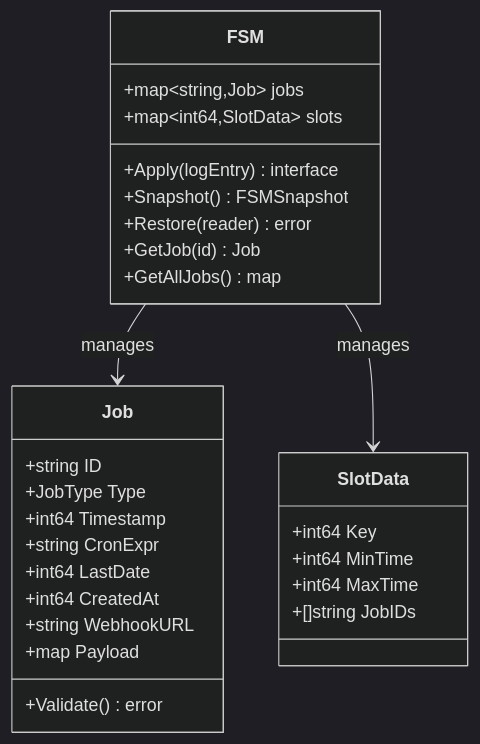
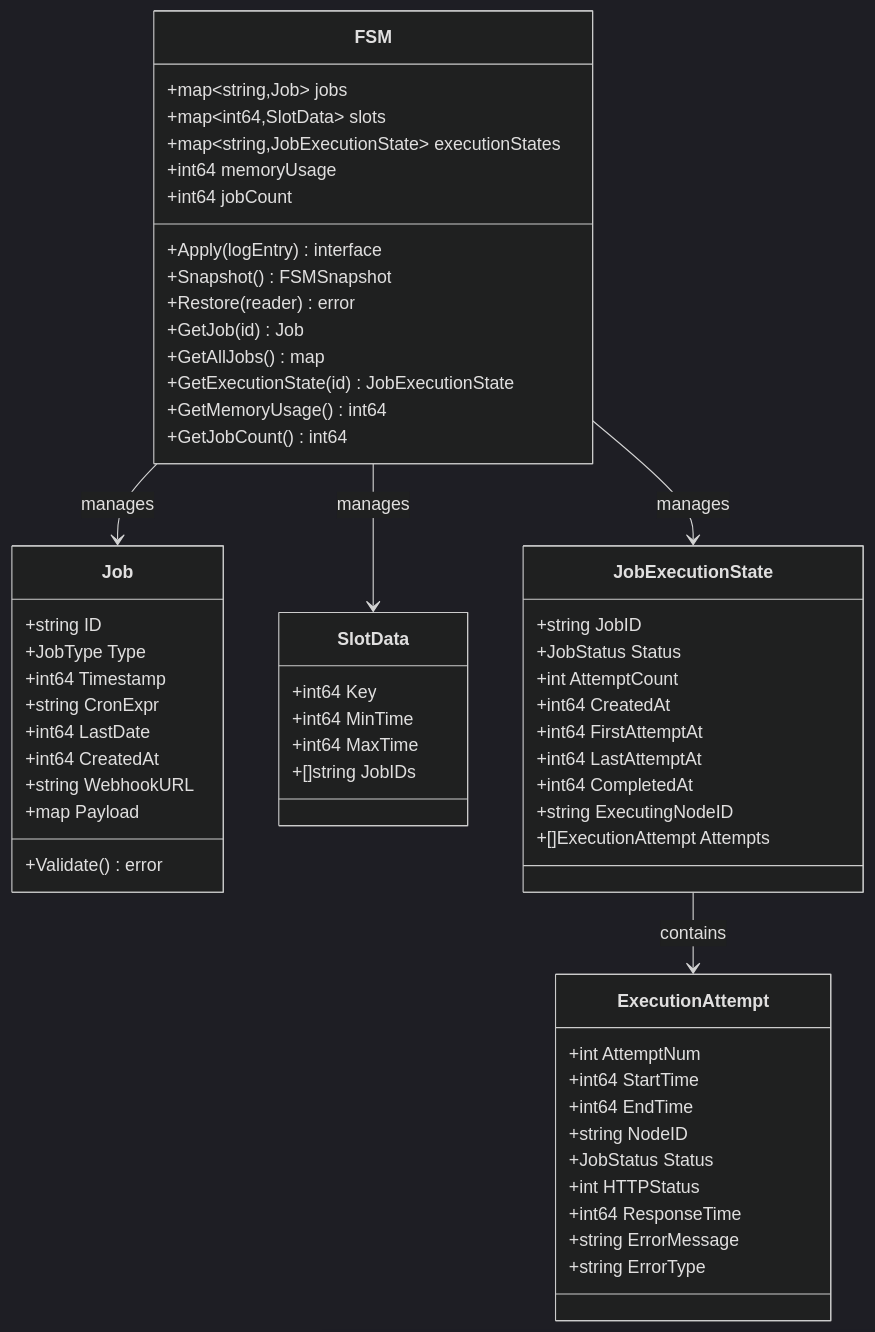
Before and after one commit to manudiv16/scheduled-db: diagram 11 of 16 in docs/architecture.md, drawn with Mermaid (dark theme). The commit also changed other lines of this file and 11 other files, not shown here.

````diff
--- a/docs/architecture.md
+++ b/docs/architecture.md
@@ -282,34 +459,66 @@
 ```mermaid
 classDiagram
     class FSM {
         +map~string,Job~ jobs
         +map~int64,SlotData~ slots
+        +map~string,JobExecutionState~ executionStates
+        +int64 memoryUsage
+        +int64 jobCount
         +Apply(logEntry) interface
         +Snapshot() FSMSnapshot
         +Restore(reader) error
         +GetJob(id) Job
         +GetAllJobs() map
+        +GetExecutionState(id) JobExecutionState
+        +GetMemoryUsage() int64
+        +GetJobCount() int64
     }
     
     class Job {
         +string ID
         +JobType Type
         +int64 Timestamp
         +string CronExpr
         +int64 LastDate
         +int64 CreatedAt
         +string WebhookURL
         +map Payload
         +Validate() error
     }
     
     class SlotData {
         +int64 Key
         +int64 MinTime
         +int64 MaxTime
         +[]string JobIDs
     }
     
+    class JobExecutionState {
+        +string JobID
+        +JobStatus Status
+        +int AttemptCount
+        +int64 CreatedAt
+        +int64 FirstAttemptAt
+        +int64 LastAttemptAt
+        +int64 CompletedAt
+        +string ExecutingNodeID
+        +[]ExecutionAttempt Attempts
+    }
+    
+    class ExecutionAttempt {
+        +int AttemptNum
+        +int64 StartTime
+        +int64 EndTime
+        +string NodeID
+        +JobStatus Status
+        +int HTTPStatus
+        +int64 ResponseTime
+        +string ErrorMessage
+        +string ErrorType
+    }
+    
     FSM --> Job: manages
     FSM --> SlotData: manages
+    FSM --> JobExecutionState: manages
+    JobExecutionState --> ExecutionAttempt: contains
 ```
````
